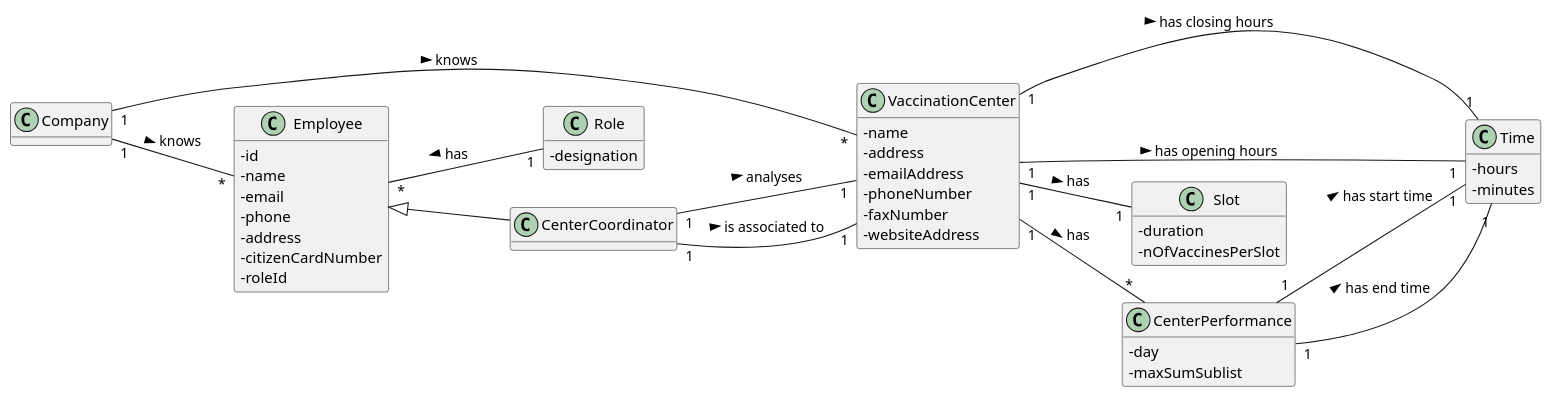
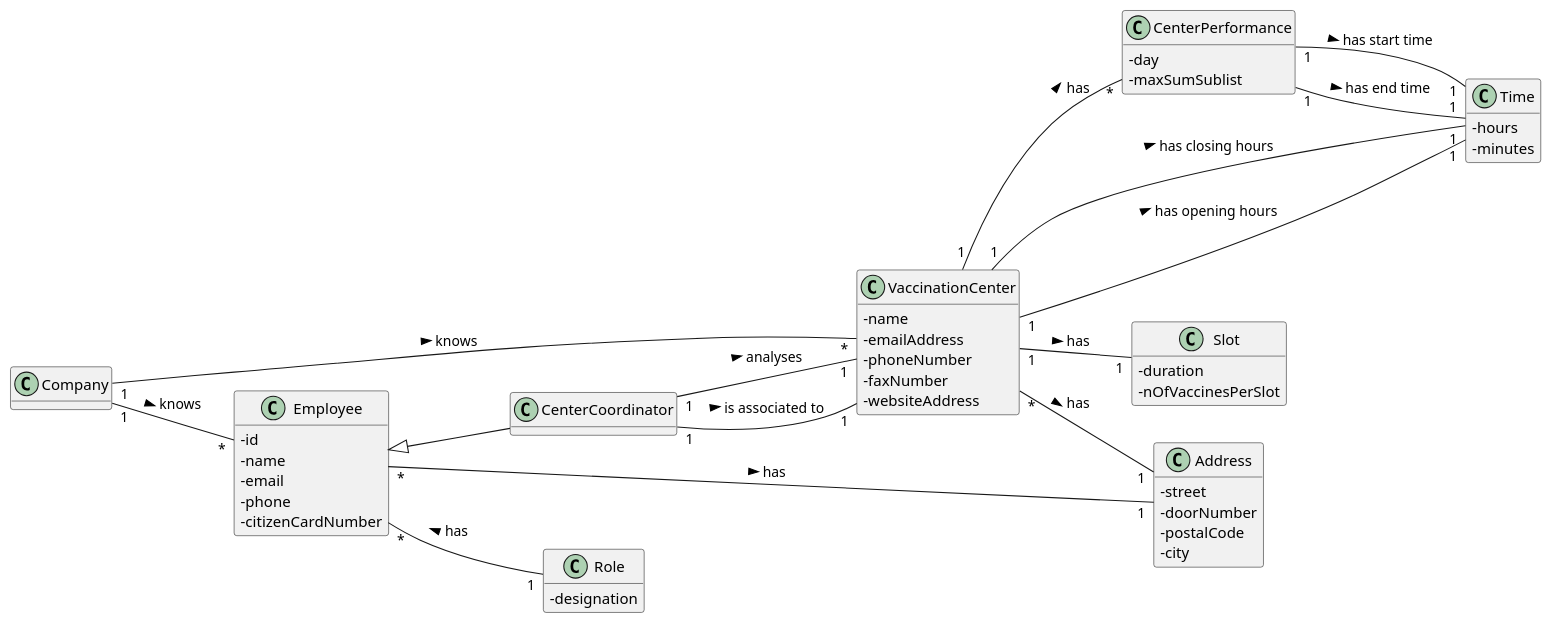
One commit to miseEnPlace-i/lapr2 changed the diagram in docs/SprintD/US16/DM/US16_DM.puml. Above: the diagram before and after it, drawn with PlantUML. The commit also changed 4 other files, not shown here.

```diff
--- a/docs/SprintD/US16/DM/US16_DM.puml
+++ b/docs/SprintD/US16/DM/US16_DM.puml
@@ -1,68 +1,75 @@
 @startuml
 hide methods
 left to right direction
 skinparam classAttributeIconSize 0
 
 class VaccinationCenter {
   - name
-  - address
   - emailAddress
   - phoneNumber
   - faxNumber
   - websiteAddress
 }
 
 class Time {
   - hours
   - minutes
 }
 
 class Slot {
   -duration
   -nOfVaccinesPerSlot
 }
 
 class Employee {
   -id
   -name
   -email
   -phone
-  -address
   -citizenCardNumber
-  -roleId
+}
+
+class Address {
+  - street
+  - doorNumber
+  - postalCode
+  - city
 }
 
 class CenterPerformance {
   - day
   - maxSumSublist
 }
 
 class Role {
   -designation
 }
 
 class Company {}
 
 class CenterCoordinator {}
 
 
 VaccinationCenter "1" -- "1" Time : has closing hours >
 VaccinationCenter "1" -- "1" Time : has opening hours >
 
 CenterPerformance "1" -- "1" Time : has start time >
 CenterPerformance "1" -- "1" Time : has end time >
 
 VaccinationCenter "1" -- "1" Slot : has >
 
 Employee <|-- CenterCoordinator
 Employee "*" -- "1" Role : has <
 
 Company "1" -- "*" Employee : knows >
 Company "1" -- "*" VaccinationCenter : knows >
 
+Employee "*" -- "1" Address : has >
+VaccinationCenter "*" -- "1" Address : has >
+
 VaccinationCenter "1" -- "*" CenterPerformance : has >
 
 CenterCoordinator "1" -- "1" VaccinationCenter : analyses >
 CenterCoordinator "1" -- "1" VaccinationCenter : is associated to >
 
 @enduml
```
